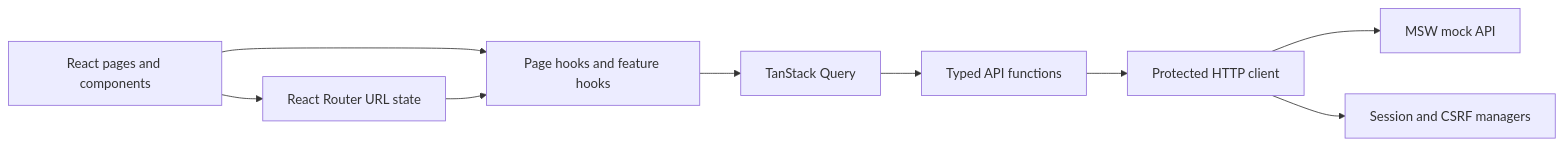
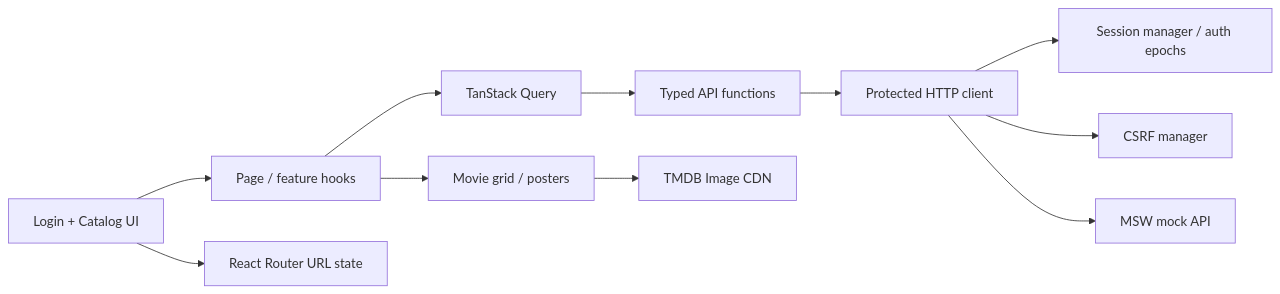
Before and after one commit to ruslan-chmyr/webhook-catalog: the diagram in README.md, drawn with Mermaid. The commit also changed other lines of this file, not shown here.

Commit message:
docs: lead Frame50 README with auth concurrency and current grid/image decisions

````diff
--- a/README.md
+++ b/README.md
@@ -32,11 +30,13 @@
 ```mermaid
 flowchart LR
-    UI[React pages and components] --> Hooks[Page hooks and feature hooks]
-    Hooks --> Query[TanStack Query]
-    Query --> API[Typed API functions]
-    API --> Client[Protected HTTP client]
-    Client --> MSW[MSW mock API]
-    Client --> Session[Session and CSRF managers]
-    UI --> URL[React Router URL state]
-    URL --> Hooks
+  Pages["Login + Catalog UI"] --> Hooks["Page / feature hooks"]
+  Hooks --> Query["TanStack Query"]
+  Query --> API["Typed API functions"]
+  API --> Client["Protected HTTP client"]
+  Client --> Session["Session manager / auth epochs"]
+  Client --> CSRF["CSRF manager"]
+  Client --> MSW["MSW mock API"]
+  Pages --> Router["React Router URL state"]
+  Grid["Movie grid / posters"] --> CDN["TMDB Image CDN"]
+  Hooks --> Grid
 ```
````
